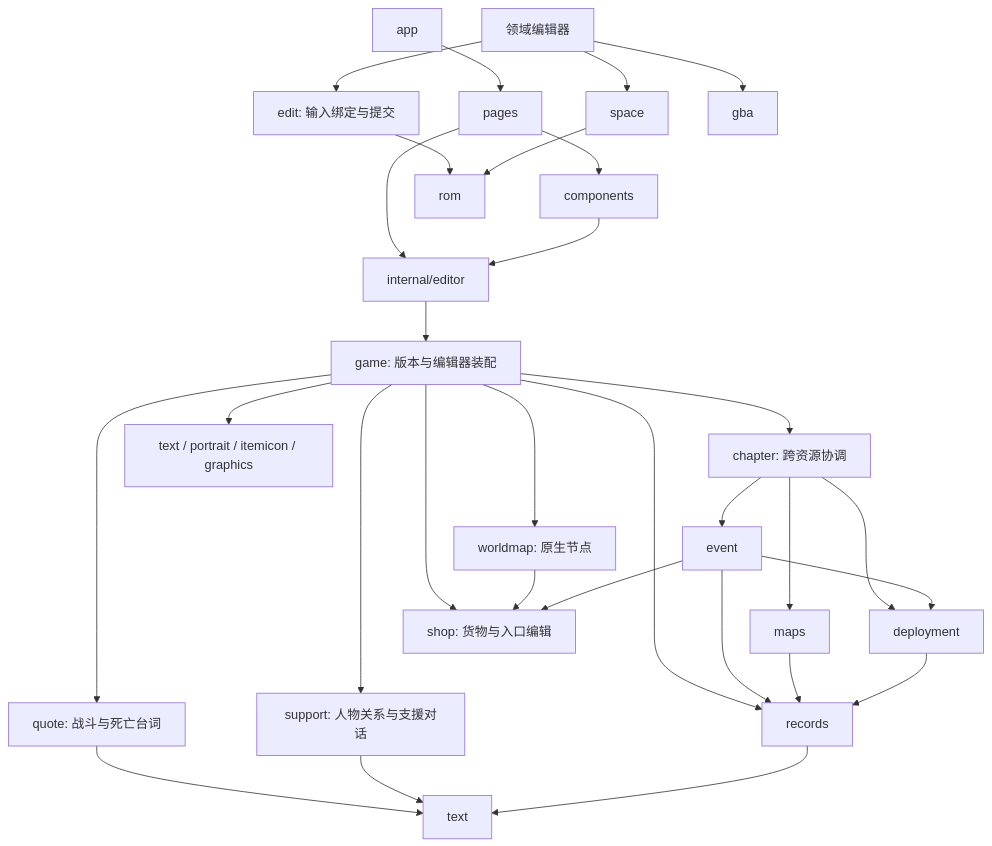
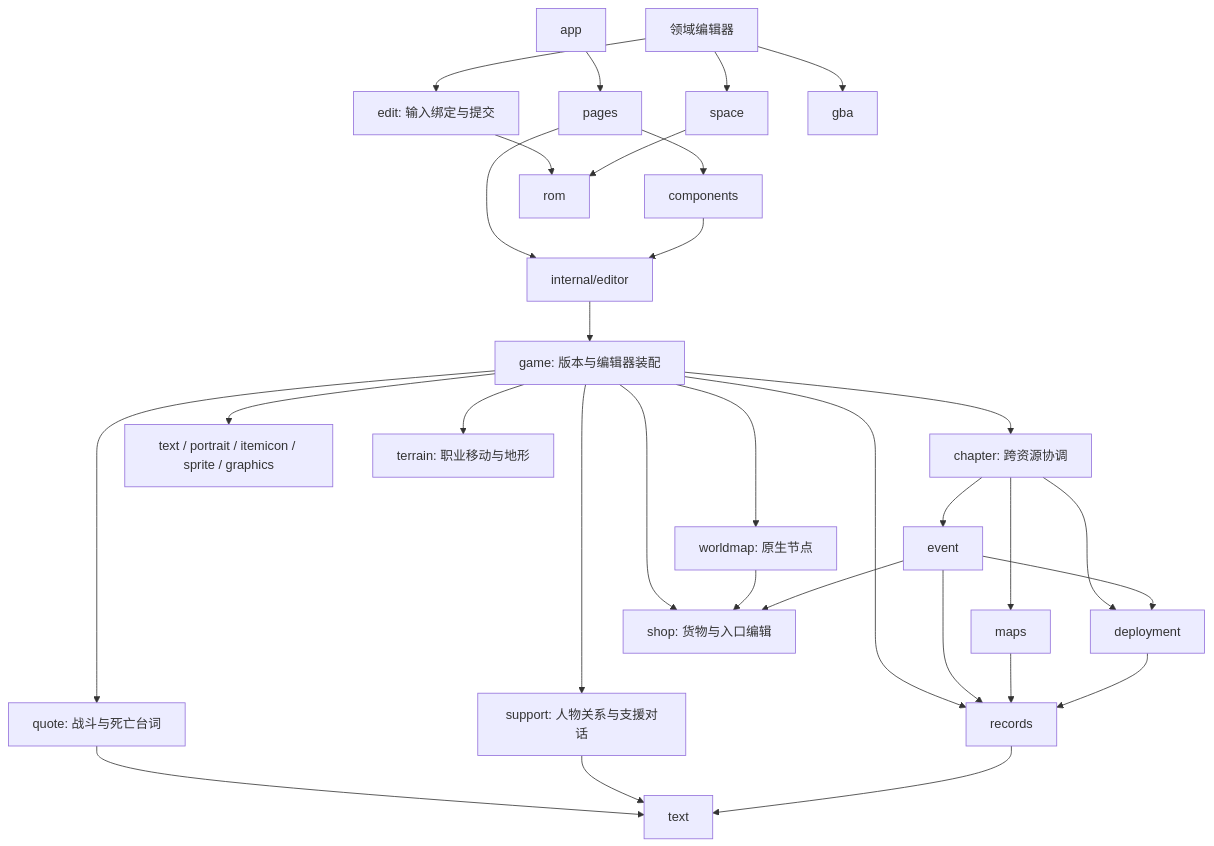
The first of 2 diagrams in docs/architecture.md (woxQAQ/febuildergba-mygo), drawn with Mermaid before and after one commit. The commit also changed other lines of this file and 56 other files, not shown here.

````diff
--- a/docs/architecture.md
+++ b/docs/architecture.md
@@ -57,32 +58,33 @@
 ```mermaid
 flowchart TD
     App[app] --> Pages[pages]
     Pages --> Components[components]
     Pages --> State[internal/editor]
     Components --> State
     State --> Game[game: 版本与编辑器装配]
     Game --> Chapter[chapter: 跨资源协调]
     Game --> Records[records]
-    Game --> Media[text / portrait / itemicon / graphics]
+    Game --> Media[text / portrait / itemicon / sprite / graphics]
     Chapter --> Maps[maps]
     Chapter --> Event[event]
     Chapter --> Deployment[deployment]
     Event --> Deployment
     Game --> Quote[quote: 战斗与死亡台词]
     Quote --> Text
     Game --> Support[support: 人物关系与支援对话]
+    Game --> Terrain[terrain: 职业移动与地形]
     Support --> Text
     Game --> Shop[shop: 货物与入口编辑]
     Game --> Worldmap[worldmap: 原生节点]
     Worldmap --> Shop
     Event --> Shop
     Event --> Records
     Maps --> Records
     Deployment --> Records
     Records --> Text[text]
     Domain[领域编辑器] --> Edit[edit: 输入绑定与提交]
     Edit --> ROM[rom]
     Domain --> Space[space]
     Domain --> GBA[gba]
     Space --> ROM
 ```
````
